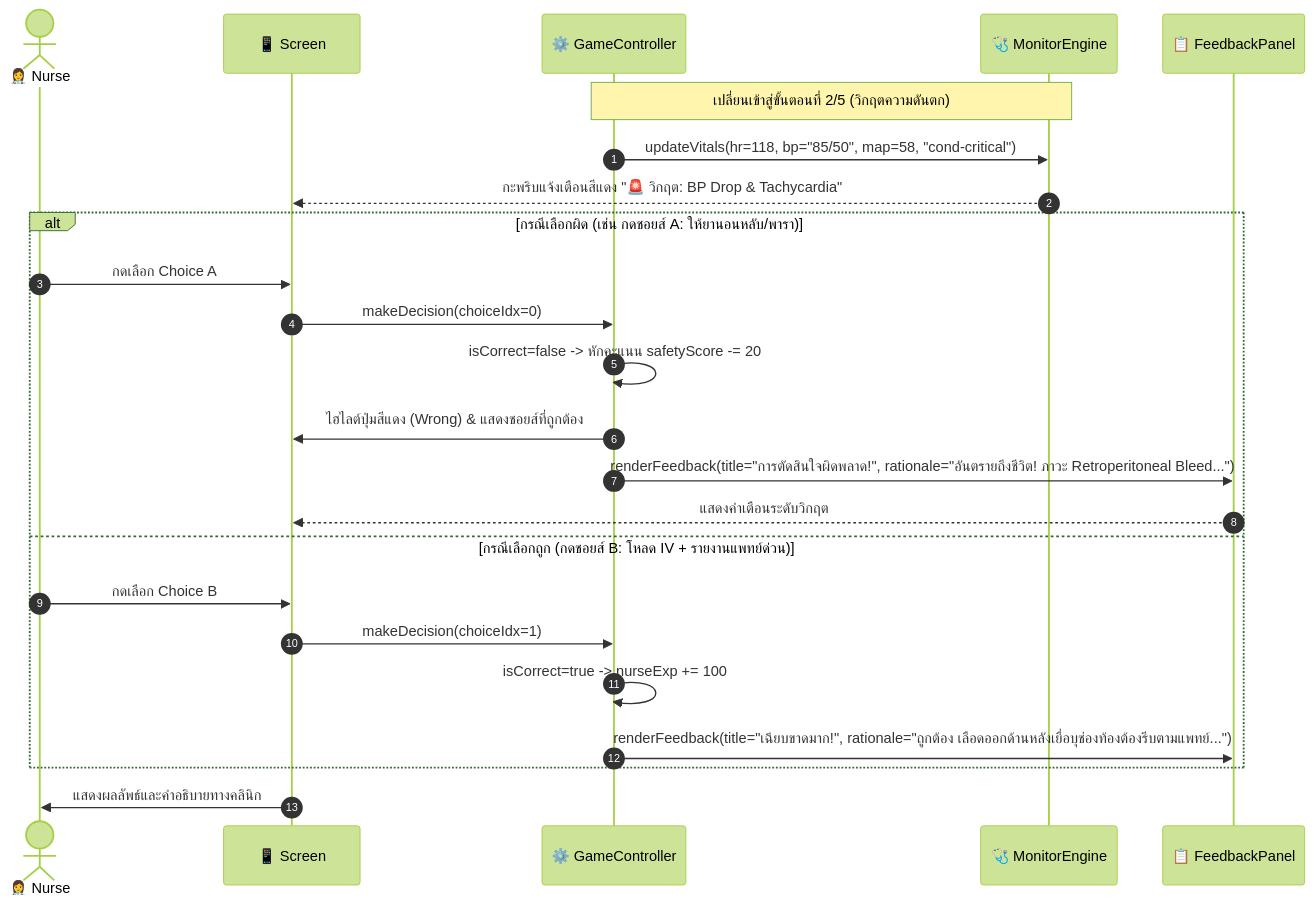
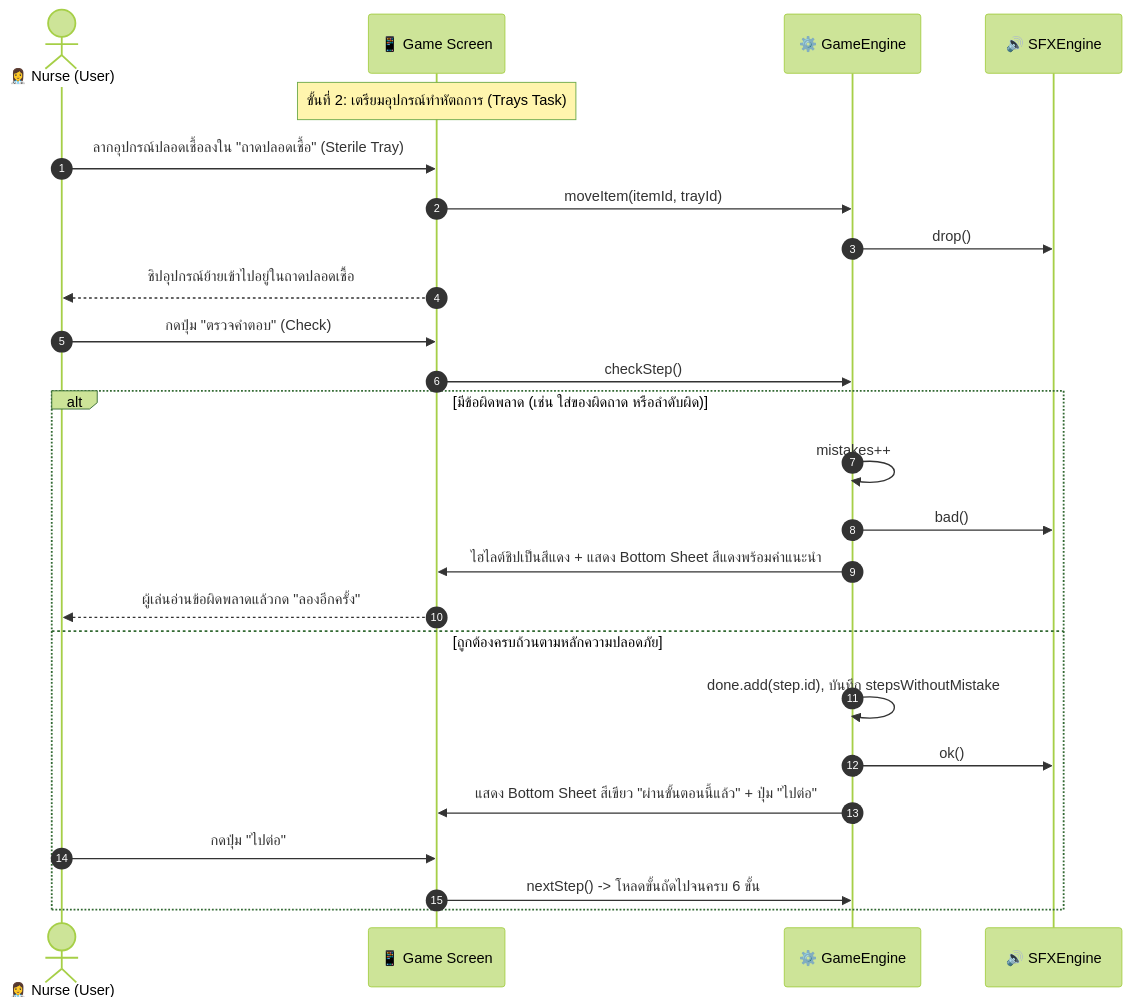
The third of 5 diagrams in docs/SEQUENCE_DIAGRAMS.md (superxsiwa/a-ward), drawn with Mermaid (forest theme) before and after one commit. The commit also changed other lines of this file and 3 other files, not shown here.

````diff
--- a/docs/SEQUENCE_DIAGRAMS.md
+++ b/docs/SEQUENCE_DIAGRAMS.md
@@ -77,28 +74,30 @@
 ```mermaid
 sequenceDiagram
     autonumber
-    actor Nurse as 👩‍⚕️ Nurse
-    participant UI as 📱 Screen
-    participant Game as ⚙️ GameController
-    participant Monitor as 🩺 MonitorEngine
-    participant Feedback as 📋 FeedbackPanel
+    actor Nurse as 👩‍⚕️ Nurse (User)
+    participant UI as 📱 Game Screen
+    participant Engine as ⚙️ GameEngine
+    participant SFX as 🔊 SFXEngine
 
-    Note over Game, Monitor: เปลี่ยนเข้าสู่ขั้นตอนที่ 2/5 (วิกฤตความดันตก)
-    Game ->> Monitor: updateVitals(hr=118, bp="85/50", map=58, "cond-critical")
-    Monitor -->> UI: กะพริบแจ้งเตือนสีแดง "🚨 วิกฤต: BP Drop & Tachycardia"
-    
-    alt กรณีเลือกผิด (เช่น กดชอยส์ A: ให้ยานอนหลับ/พารา)
-        Nurse ->> UI: กดเลือก Choice A
-        UI ->> Game: makeDecision(choiceIdx=0)
-        Game ->> Game: isCorrect=false -> หักคะแนน safetyScore -= 20
-        Game ->> UI: ไฮไลต์ปุ่มสีแดง (Wrong) & แสดงชอยส์ที่ถูกต้อง
-        Game ->> Feedback: renderFeedback(title="การตัดสินใจผิดพลาด!", rationale="อันตรายถึงชีวิต! ภาวะ Retroperitoneal Bleed...")
-        Feedback -->> UI: แสดงคำเตือนระดับวิกฤต
-    else กรณีเลือกถูก (กดชอยส์ B: โหลด IV + รายงานแพทย์ด่วน)
-        Nurse ->> UI: กดเลือก Choice B
-        UI ->> Game: makeDecision(choiceIdx=1)
-        Game ->> Game: isCorrect=true -> nurseExp += 100
-        Game ->> Feedback: renderFeedback(title="เฉียบขาดมาก!", rationale="ถูกต้อง เลือดออกด้านหลังเยื่อบุช่องท้องต้องรีบตามแพทย์...")
+    Note over UI: ขั้นที่ 2: เตรียมอุปกรณ์ทำหัตถการ (Trays Task)
+    Nurse ->> UI: ลากอุปกรณ์ปลอดเชื้อลงใน "ถาดปลอดเชื้อ" (Sterile Tray)
+    UI ->> Engine: moveItem(itemId, trayId)
+    Engine ->> SFX: drop()
+    UI -->> Nurse: ชิปอุปกรณ์ย้ายเข้าไปอยู่ในถาดปลอดเชื้อ
+
+    Nurse ->> UI: กดปุ่ม "ตรวจคำตอบ" (Check)
+    UI ->> Engine: checkStep()
+
+    alt มีข้อผิดพลาด (เช่น ใส่ของผิดถาด หรือลำดับผิด)
+        Engine ->> Engine: mistakes++
+        Engine ->> SFX: bad()
+        Engine ->> UI: ไฮไลต์ชิปเป็นสีแดง + แสดง Bottom Sheet สีแดงพร้อมคำแนะนำ
+        UI -->> Nurse: ผู้เล่นอ่านข้อผิดพลาดแล้วกด "ลองอีกครั้ง"
+    else ถูกต้องครบถ้วนตามหลักความปลอดภัย
+        Engine ->> Engine: done.add(step.id), บันทึก stepsWithoutMistake
+        Engine ->> SFX: ok()
+        Engine ->> UI: แสดง Bottom Sheet สีเขียว "ผ่านขั้นตอนนี้แล้ว" + ปุ่ม "ไปต่อ"
+        Nurse ->> UI: กดปุ่ม "ไปต่อ"
+        UI ->> Engine: nextStep() -> โหลดขั้นถัดไปจนครบ 6 ขั้น
     end
-    UI ->> Nurse: แสดงผลลัพธ์และคำอธิบายทางคลินิก
 ```
````
